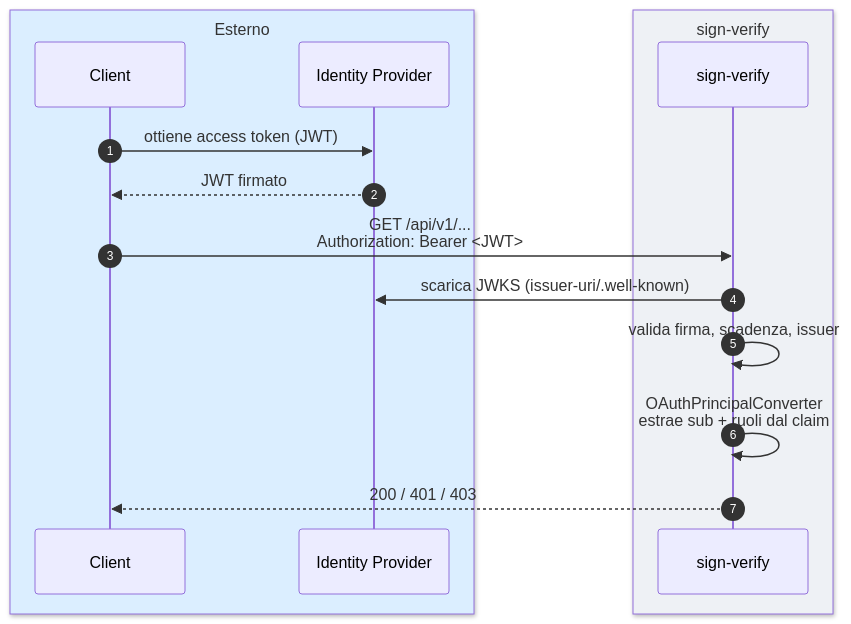
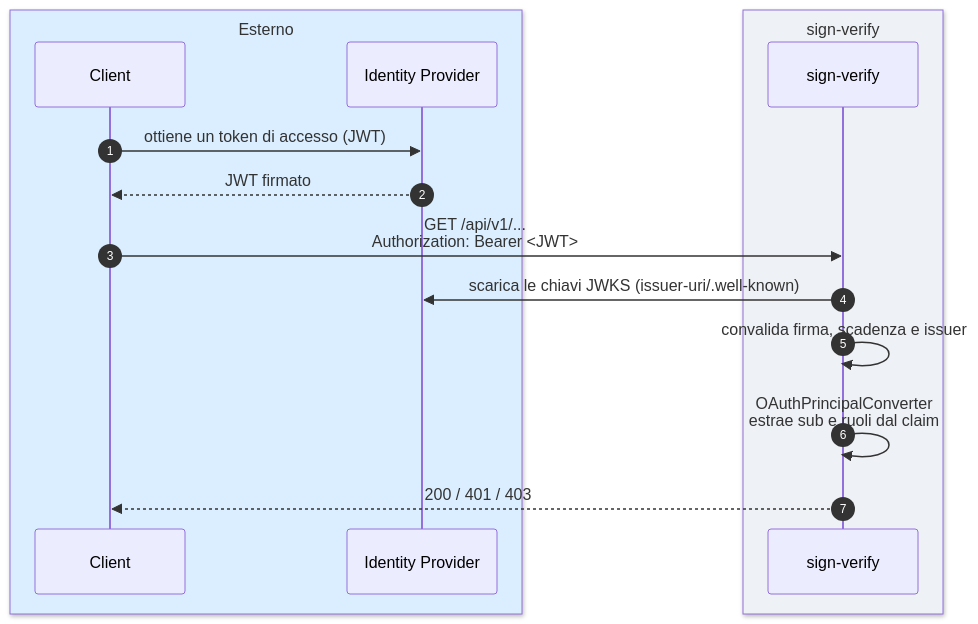
The second of 2 diagrams in docs/it/03-autenticazione.md (toresoft/sign-verify), drawn with Mermaid before and after one commit. The commit also changed other lines of this file and 14 other files, not shown here.

````diff
--- a/docs/it/03-autenticazione.md
+++ b/docs/it/03-autenticazione.md
@@ -210,18 +215,18 @@
 ```mermaid
 sequenceDiagram
     autonumber
     box rgb(219,238,255) Esterno
     participant C as Client
     participant IdP as Identity Provider
     end
     box rgb(238,241,245) sign-verify
     participant S as sign-verify
     end
-    C->>IdP: ottiene access token (JWT)
+    C->>IdP: ottiene un token di accesso (JWT)
     IdP-->>C: JWT firmato
     C->>S: GET /api/v1/...<br/>Authorization: Bearer <JWT>
-    S->>IdP: scarica JWKS (issuer-uri/.well-known)
-    S->>S: valida firma, scadenza, issuer
-    S->>S: OAuthPrincipalConverter<br/>estrae sub + ruoli dal claim
+    S->>IdP: scarica le chiavi JWKS (issuer-uri/.well-known)
+    S->>S: convalida firma, scadenza e issuer
+    S->>S: OAuthPrincipalConverter<br/>estrae sub e ruoli dal claim
     S-->>C: 200 / 401 / 403
 ```
````
